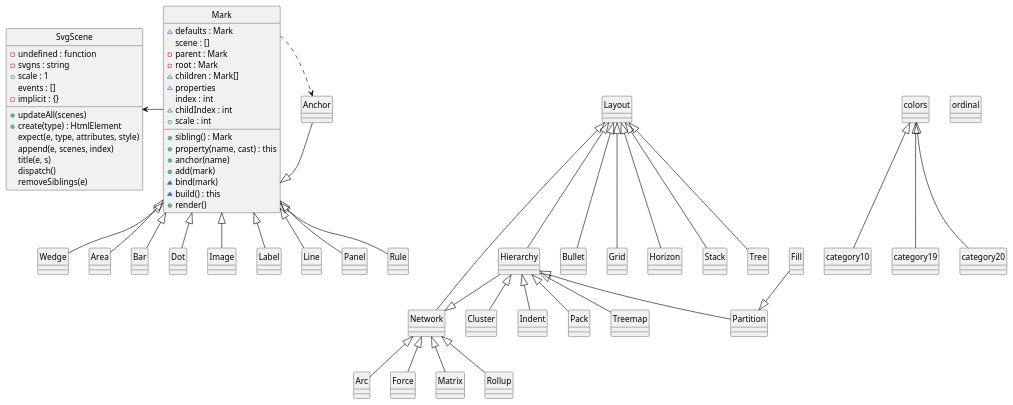
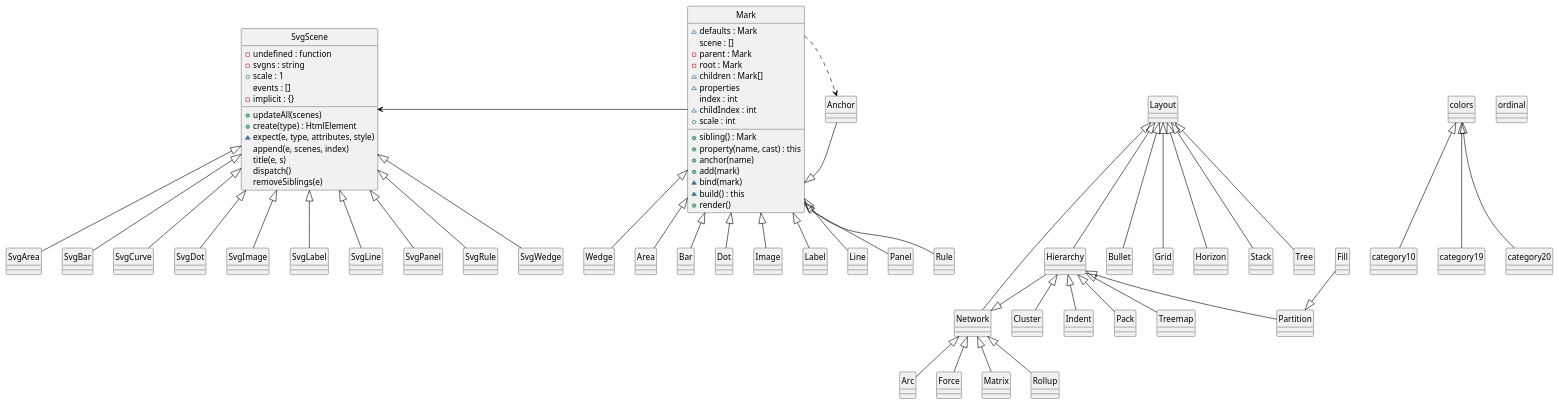
Before and after one commit to isleon/protovis: the diagram in doc/protovis.puml, drawn with PlantUML. The commit also changed 2 other files, not shown here.

Commit message:
增加饼图文本显示

```diff
--- a/doc/protovis.puml
+++ b/doc/protovis.puml
@@ -1,89 +1,100 @@
 @startuml
 
 'skinparam monochrome true
 'skinparam classBackgroundColor White
 skinparam classArrowColor Black
 skinparam classBorderColor Black
 skinparam stereotypeCBackgroundColor Gray
 'hide members
 hide circle
 
 class Mark {
     ~defaults : Mark
     scene : []
     -parent : Mark
     -root : Mark
     ~children : Mark[]
     ~properties
     index : int
     ~childIndex : int
     +scale : int
     +sibling() : Mark
     +property(name, cast) : this
     +anchor(name)
     +add(mark)
     '+def(name, v)
     ~bind(mark)
     ~build() : this
     +render()
 }
 
 class Wedge {
     '-cousin()
 }
 Mark <|-- Anchor
 Mark <|-- Area
 Mark <|-- Bar
 Mark <|-- Dot
 Mark <|-- Image
 Mark <|-- Label
 Mark <|-- Line
 Mark <|-- Panel
 Mark <|-- Rule
 Mark <|-- Wedge
 Mark -l-> SvgScene
 Mark .r.> Anchor
 
 class Layout
 Layout <|-- Hierarchy 
 Layout <|-- Network
 Layout <|-- Bullet
 Layout <|-- Grid
 Layout <|-- Horizon
 Layout <|-- Stack
 Layout <|-- Tree
 Hierarchy --|> Network
 Hierarchy <|-- Cluster
 Hierarchy <|-- Indent
 Hierarchy <|-- Pack
 Hierarchy <|-- Partition
 Hierarchy <|-- Treemap
 Network <|-- Arc
 Network <|-- Force
 Network <|-- Matrix
 Network <|-- Rollup
 Fill --|> Partition 
 
 class colors
 colors <|-- category10
 colors <|-- category19
 colors <|-- category20
 
 class ordinal 
 
 class SvgScene {
     -undefined : function
     -svgns : string
     +scale : 1
     events : []
     -implicit : {}
     +updateAll(scenes)
     +create(type) : HtmlElement
-    expect(e, type, attributes, style)
+    ~expect(e, type, attributes, style)
     append(e, scenes, index)
     title(e, s)
     dispatch()
     removeSiblings(e)
 }
+SvgScene <|-- SvgArea
+SvgScene <|-- SvgBar
+SvgScene <|-- SvgCurve
+SvgScene <|-- SvgDot
+SvgScene <|-- SvgImage
+SvgScene <|-- SvgLabel
+SvgScene <|-- SvgLine
+SvgScene <|-- SvgPanel
+SvgScene <|-- SvgRule
+SvgScene <|-- SvgWedge
+
 
 @enduml
```
